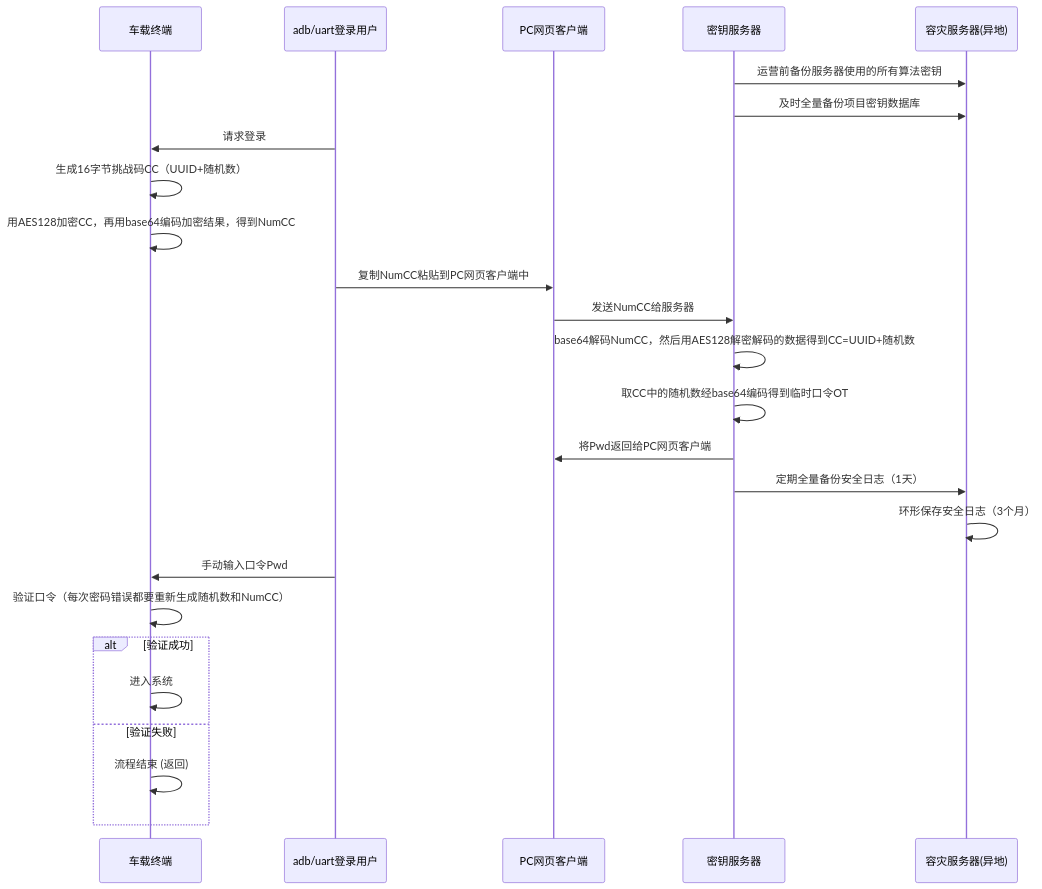
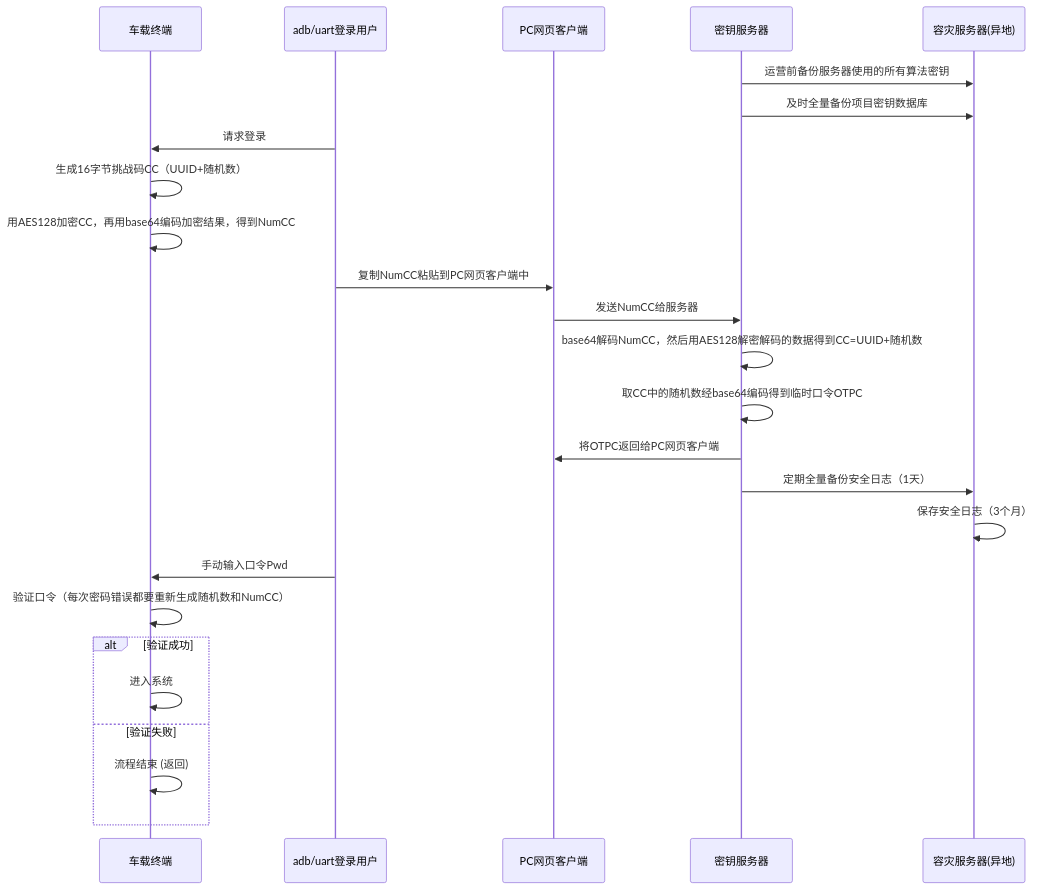
Before and after one commit to facebook-cloud/iodraw-files: the diagram in all/未命名-21.md, drawn with Mermaid.

Commit message:
2026-04-14 13:27:37 update

````diff
--- a/all/未命名-21.md
+++ b/all/未命名-21.md
@@ -1,32 +1,32 @@
 ```mermaid
 sequenceDiagram
     participant tbox as 车载终端
     participant user as adb/uart登录用户
     participant pc as PC网页客户端
     participant tech_center as 密钥服务器
     participant backup as 容灾服务器(异地)
   
     tech_center->>backup: 运营前备份服务器使用的所有算法密钥
     tech_center->>backup: 及时全量备份项目密钥数据库
 
     user->>tbox: 请求登录
     tbox->>tbox: 生成16字节挑战码CC（UUID+随机数）
     tbox->>tbox: 用AES128加密CC，再用base64编码加密结果，得到NumCC
     user->>pc: 复制NumCC粘贴到PC网页客户端中
     pc->>tech_center: 发送NumCC给服务器
     tech_center->>tech_center: base64解码NumCC，然后用AES128解密解码的数据得到CC=UUID+随机数
-    tech_center->>tech_center: 取CC中的随机数经base64编码得到临时口令OT
-    tech_center->>pc: 将Pwd返回给PC网页客户端
+    tech_center->>tech_center: 取CC中的随机数经base64编码得到临时口令OTPC
+    tech_center->>pc: 将OTPC返回给PC网页客户端
 
     tech_center->>backup: 定期全量备份安全日志（1天）
-    backup->>backup: 环形保存安全日志（3个月）
+    backup->>backup: 保存安全日志（3个月）
     user->>tbox: 手动输入口令Pwd
     tbox->>tbox: 验证口令（每次密码错误都要重新生成随机数和NumCC）
     alt 验证成功
         tbox->>tbox: 进入系统
     else 验证失败
         tbox->>tbox: 流程结束 (返回)
     end
 
 
 ```
````
